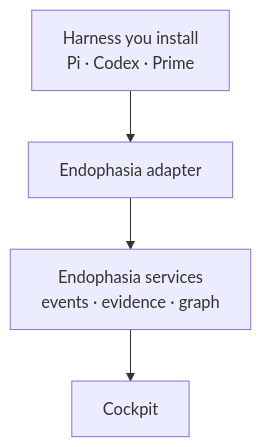
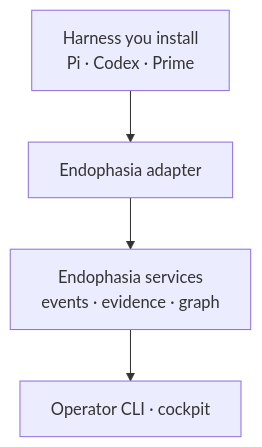
One commit to noctem-o/endophasia changed the first of 2 diagrams in README.md. Above: the diagram before and after it, drawn with Mermaid. The commit also changed other lines of this file and 2 other files, not shown here.

```diff
--- a/README.md
+++ b/README.md
@@ -76,6 +76,6 @@
 ~~~mermaid
 flowchart TB
     R["Harness you install<br/>Pi · Codex · Prime"] --> A["Endophasia adapter"]
     A --> S["Endophasia services<br/>events · evidence · graph"]
-    S --> C["Cockpit"]
+    S --> C["Operator CLI · cockpit"]
 ~~~
```
